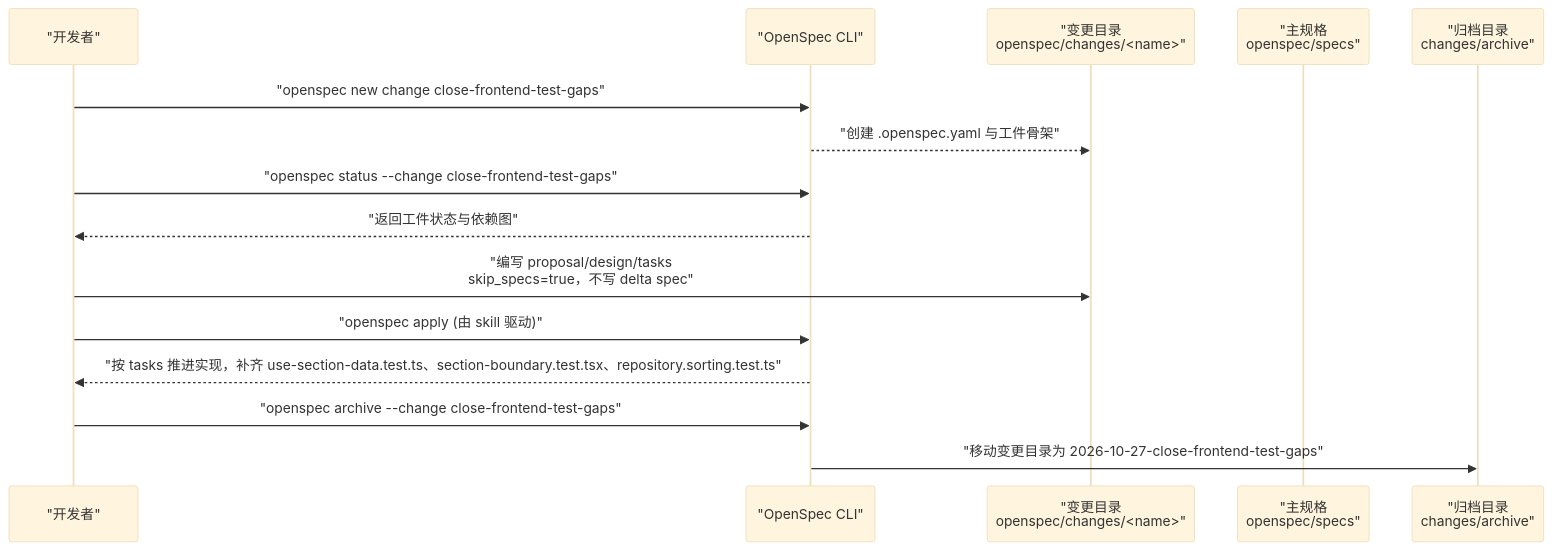
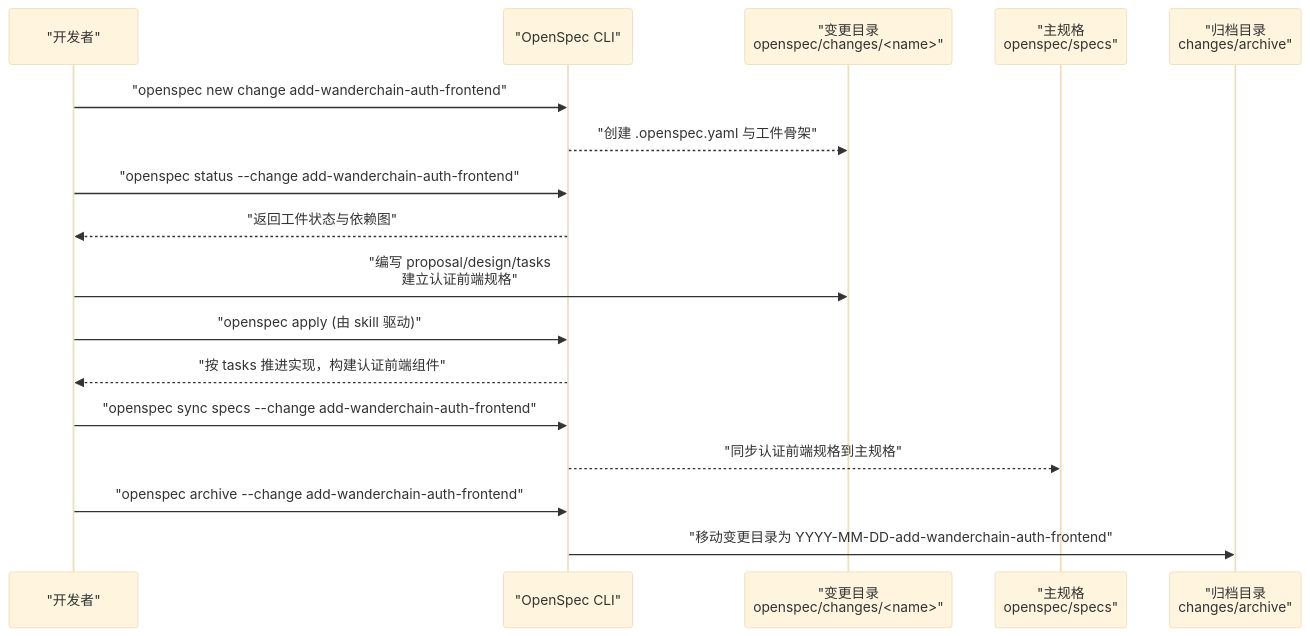
One commit to luyitiger6/my-first-project changed the second of 11 diagrams in .qoder/repowiki/zh/content/规格驱动开发/OpenSpec 工具使用.md. Above: the diagram before and after it, drawn with Mermaid (base theme). The commit also changed other lines of this file and 34 other files, not shown here.

````diff
--- a/.qoder/repowiki/zh/content/规格驱动开发/OpenSpec 工具使用.md
+++ b/.qoder/repowiki/zh/content/规格驱动开发/OpenSpec 工具使用.md
@@ -104,17 +104,19 @@
 ```mermaid
 sequenceDiagram
 participant Dev as "开发者"
 participant CLI as "OpenSpec CLI"
 participant Change as "变更目录<br/>openspec/changes/<name>"
 participant Specs as "主规格<br/>openspec/specs"
 participant Archive as "归档目录<br/>changes/archive"
-Dev->>CLI : "openspec new change close-frontend-test-gaps"
+Dev->>CLI : "openspec new change add-wanderchain-auth-frontend"
 CLI-->>Change : "创建 .openspec.yaml 与工件骨架"
-Dev->>CLI : "openspec status --change close-frontend-test-gaps"
+Dev->>CLI : "openspec status --change add-wanderchain-auth-frontend"
 CLI-->>Dev : "返回工件状态与依赖图"
-Dev->>Change : "编写 proposal/design/tasks<br/>skip_specs=true，不写 delta spec"
+Dev->>Change : "编写 proposal/design/tasks<br/>建立认证前端规格"
 Dev->>CLI : "openspec apply (由 skill 驱动)"
-CLI-->>Dev : "按 tasks 推进实现，补齐 use-section-data.test.ts、section-boundary.test.tsx、repository.sorting.test.ts"
-Dev->>CLI : "openspec archive --change close-frontend-test-gaps"
-CLI->>Archive : "移动变更目录为 2026-10-27-close-frontend-test-gaps"
+CLI-->>Dev : "按 tasks 推进实现，构建认证前端组件"
+Dev->>CLI : "openspec sync specs --change add-wanderchain-auth-frontend"
+CLI-->>Specs : "同步认证前端规格到主规格"
+Dev->>CLI : "openspec archive --change add-wanderchain-auth-frontend"
+CLI->>Archive : "移动变更目录为 YYYY-MM-DD-add-wanderchain-auth-frontend"
 ```
````
